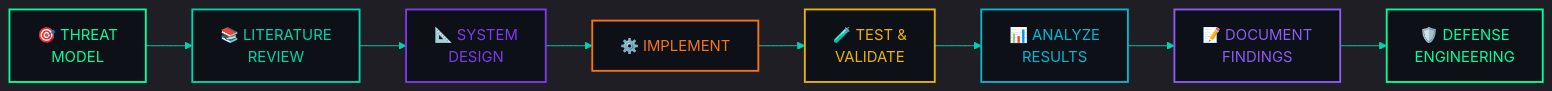
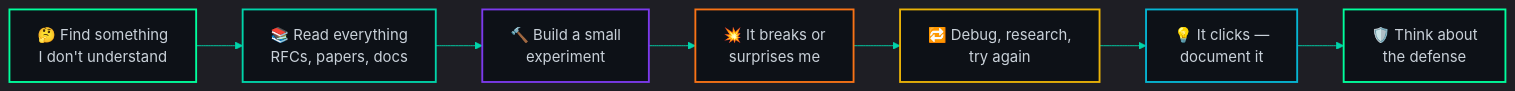
The second of 2 diagrams in README.md (Osxninja/cybersecurity-projects), drawn with Mermaid before and after one commit. The commit also changed other lines of this file, not shown here.

````diff
--- a/README.md
+++ b/README.md
@@ -942,20 +616,18 @@
 ```mermaid
 %%{init: {'theme': 'dark', 'themeVariables': {'primaryColor': '#00ff9d', 'primaryTextColor': '#c9d1d9', 'primaryBorderColor': '#00d4aa', 'lineColor': '#00d4aa', 'secondaryColor': '#161b22', 'tertiaryColor': '#0d1117'}}}%%
 flowchart LR
-    A["🎯 THREAT<br/>MODEL"] --> B["📚 LITERATURE<br/>REVIEW"]
-    B --> C["📐 SYSTEM<br/>DESIGN"]
-    C --> D["⚙️ IMPLEMENT"]
-    D --> E["🧪 TEST &<br/>VALIDATE"]
-    E --> F["📊 ANALYZE<br/>RESULTS"]
-    F --> G["📝 DOCUMENT<br/>FINDINGS"]
-    G --> H["🛡️ DEFENSE<br/>ENGINEERING"]
+    A["🤔 Find something<br/>I don't understand"] --> B["📚 Read everything<br/>RFCs, papers, docs"]
+    B --> C["🔨 Build a small<br/>experiment"]
+    C --> D["💥 It breaks or<br/>surprises me"]
+    D --> E["🔁 Debug, research,<br/>try again"]
+    E --> F["💡 It clicks —<br/>document it"]
+    F --> G["🛡️ Think about<br/>the defense"]
 
-    style A fill:#0d1117,stroke:#00ff9d,stroke-width:2px,color:#00ff9d
-    style B fill:#0d1117,stroke:#00d4aa,stroke-width:2px,color:#00d4aa
-    style C fill:#0d1117,stroke:#7c3aed,stroke-width:2px,color:#7c3aed
-    style D fill:#0d1117,stroke:#f97316,stroke-width:2px,color:#f97316
-    style E fill:#0d1117,stroke:#eab308,stroke-width:2px,color:#eab308
-    style F fill:#0d1117,stroke:#06b6d4,stroke-width:2px,color:#06b6d4
-    style G fill:#0d1117,stroke:#8b5cf6,stroke-width:2px,color:#8b5cf6
-    style H fill:#0d1117,stroke:#00ff9d,stroke-width:2px,color:#00ff9d
+    style A fill:#0d1117,stroke:#00ff9d,stroke-width:2px,color:#c9d1d9
+    style B fill:#0d1117,stroke:#00d4aa,stroke-width:2px,color:#c9d1d9
+    style C fill:#0d1117,stroke:#7c3aed,stroke-width:2px,color:#c9d1d9
+    style D fill:#0d1117,stroke:#f97316,stroke-width:2px,color:#c9d1d9
+    style E fill:#0d1117,stroke:#eab308,stroke-width:2px,color:#c9d1d9
+    style F fill:#0d1117,stroke:#06b6d4,stroke-width:2px,color:#c9d1d9
+    style G fill:#0d1117,stroke:#00ff9d,stroke-width:2px,color:#c9d1d9
 ```
````
